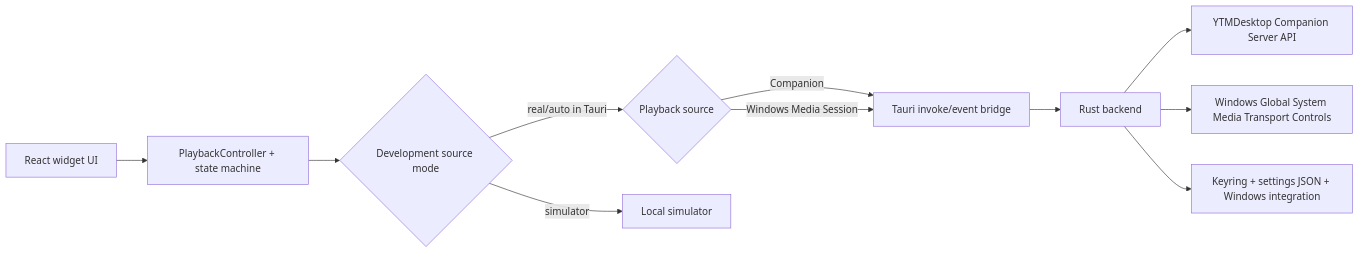
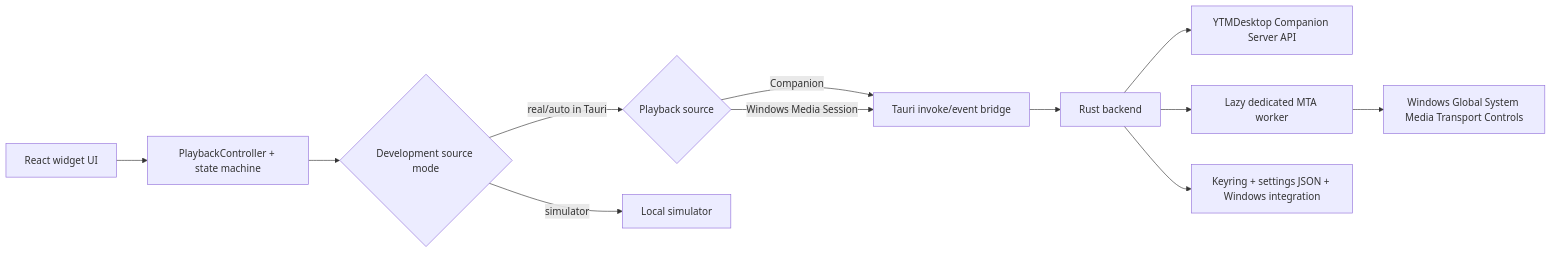
Before and after one commit to lgg/yt-desktop-widget: the diagram in ARCHITECTURE.md, drawn with Mermaid. The commit also changed other lines of this file and 19 other files, not shown here.

Commit message:
fix: stabilize portable windows media runtime

````diff
--- a/ARCHITECTURE.md
+++ b/ARCHITECTURE.md
@@ -90,13 +90,14 @@
 ```mermaid
 flowchart LR
   UI["React widget UI"] --> Domain["PlaybackController + state machine"]
   Domain --> Gateway{"Development source mode"}
   Gateway -->|real/auto in Tauri| Product{"Playback source"}
   Gateway -->|simulator| Sim["Local simulator"]
   Product -->|Companion| Bridge["Tauri invoke/event bridge"]
   Product -->|Windows Media Session| Bridge
   Bridge --> Rust["Rust backend"]
   Rust --> Companion["YTMDesktop Companion Server API"]
-  Rust --> WMS["Windows Global System Media Transport Controls"]
+  Rust --> WMSWorker["Lazy dedicated MTA worker"]
+  WMSWorker --> WMS["Windows Global System Media Transport Controls"]
   Rust --> Storage["Keyring + settings JSON + Windows integration"]
 ```
````
